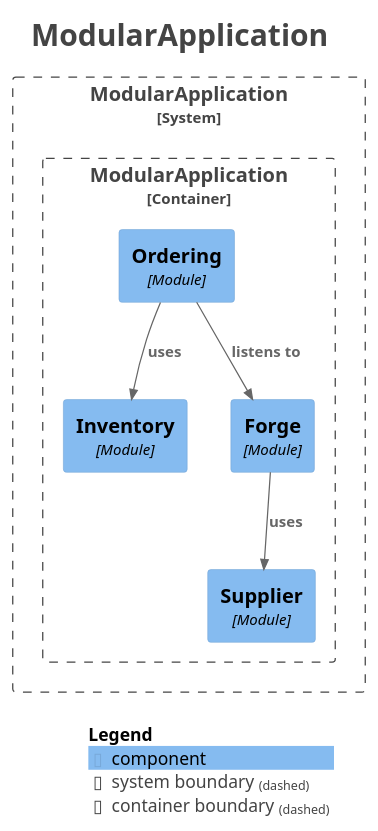
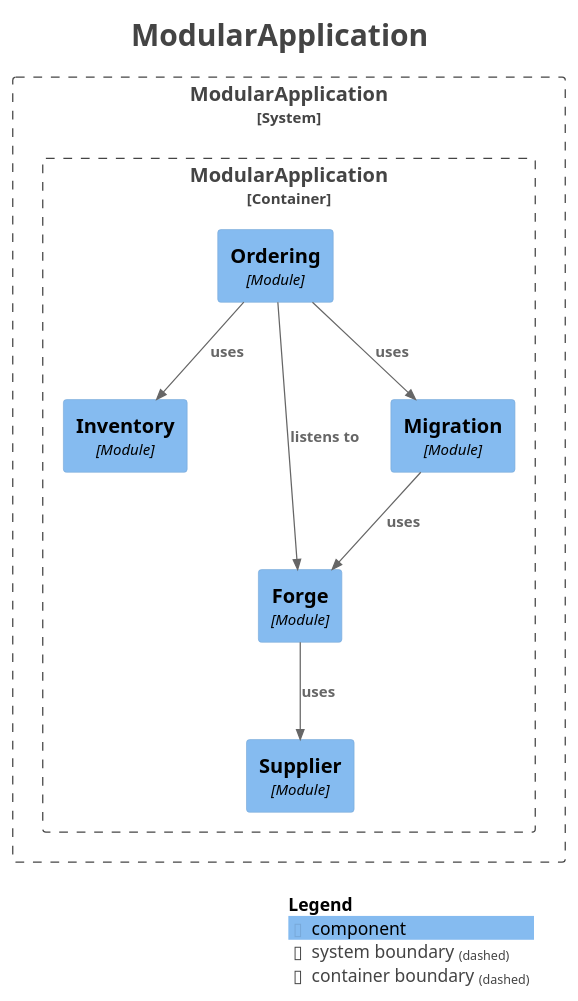
One commit to cucumber405d/hephaestus changed the diagram in 13-modular-monolith/docs/modules/components.puml. Above: the diagram before and after it, drawn with PlantUML. The commit also changed 11 other files, not shown here.

```diff
--- a/13-modular-monolith/docs/modules/components.puml
+++ b/13-modular-monolith/docs/modules/components.puml
@@ -1,34 +1,37 @@
 @startuml
 title <size:24>ModularApplication</size>
 
 set separator none
 top to bottom direction
 
 <style>
   root {
     BackgroundColor: #ffffff
     FontColor: #444444
   }
 </style>
 
 !include <C4/C4>
 !include <C4/C4_Context>
 !include <C4/C4_Component>
 
 System_Boundary("ModularApplication_boundary", "ModularApplication", $tags="") {
   Container_Boundary("ModularApplication.ModularApplication_boundary", "ModularApplication", $tags="") {
     Component(ModularApplication.ModularApplication.Inventory, "Inventory", $techn="Module", $descr="", $tags="", $link="")
     Component(ModularApplication.ModularApplication.Supplier, "Supplier", $techn="Module", $descr="", $tags="", $link="")
     Component(ModularApplication.ModularApplication.Forge, "Forge", $techn="Module", $descr="", $tags="", $link="")
+    Component(ModularApplication.ModularApplication.Migration, "Migration", $techn="Module", $descr="", $tags="", $link="")
     Component(ModularApplication.ModularApplication.Ordering, "Ordering", $techn="Module", $descr="", $tags="", $link="")
   }
 
 }
 
 Rel(ModularApplication.ModularApplication.Ordering, ModularApplication.ModularApplication.Inventory, "uses", $techn="", $tags="", $link="")
+Rel(ModularApplication.ModularApplication.Ordering, ModularApplication.ModularApplication.Migration, "uses", $techn="", $tags="", $link="")
+Rel(ModularApplication.ModularApplication.Migration, ModularApplication.ModularApplication.Forge, "uses", $techn="", $tags="", $link="")
 Rel(ModularApplication.ModularApplication.Forge, ModularApplication.ModularApplication.Supplier, "uses", $techn="", $tags="", $link="")
 Rel(ModularApplication.ModularApplication.Ordering, ModularApplication.ModularApplication.Forge, "listens to", $techn="", $tags="", $link="")
 
 SHOW_LEGEND(true)
 hide stereotypes
 @enduml
```
